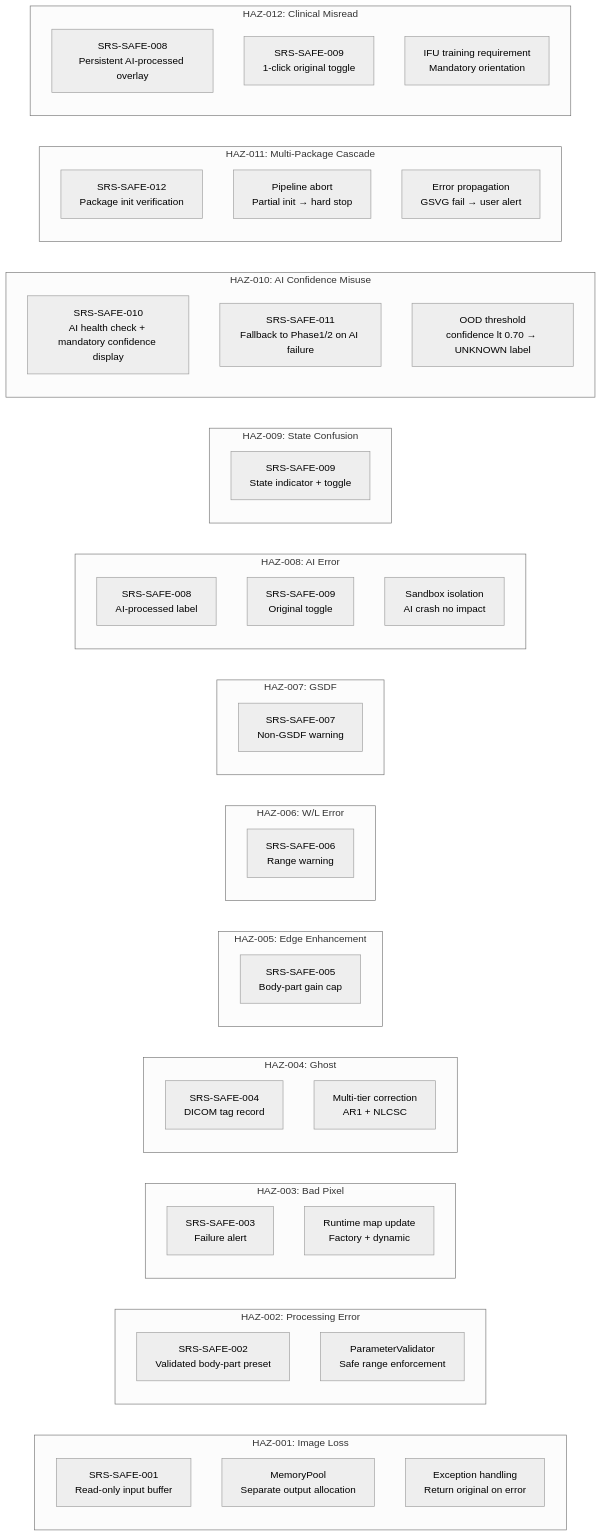
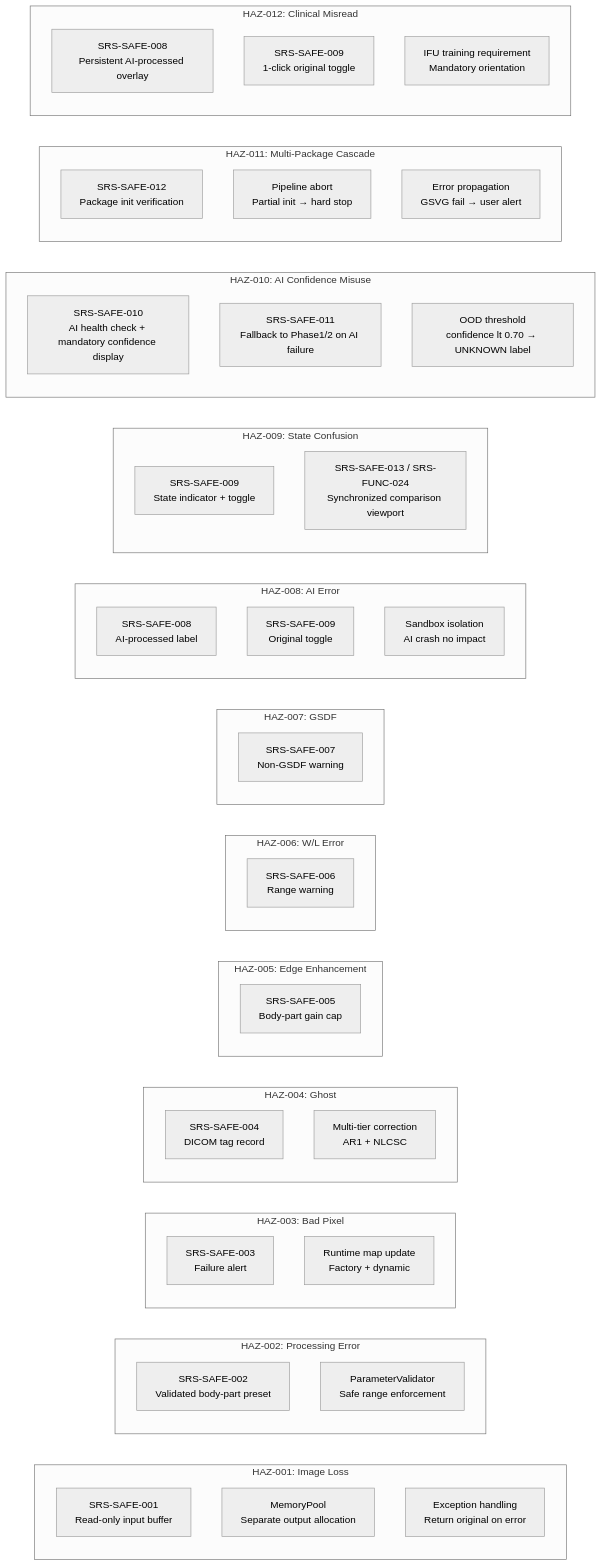
The diagram in docs/post-processing/xpe/XPE-SHA-001_Software_Hazard_Analysis.md (holee9/image-processing), drawn with Mermaid (neutral theme) before and after one commit. The commit also changed other lines of this file and 36 other files, not shown here.

````diff
--- a/docs/post-processing/xpe/XPE-SHA-001_Software_Hazard_Analysis.md
+++ b/docs/post-processing/xpe/XPE-SHA-001_Software_Hazard_Analysis.md
@@ -187,63 +187,64 @@
 ```mermaid
 graph LR
     subgraph "HAZ-001: Image Loss"
         RC1A[SRS-SAFE-001<br/>Read-only input buffer]
         RC1B[MemoryPool<br/>Separate output allocation]
         RC1C[Exception handling<br/>Return original on error]
     end
 
     subgraph "HAZ-002: Processing Error"
         RC2A[SRS-SAFE-002<br/>Validated body-part preset]
         RC2B[ParameterValidator<br/>Safe range enforcement]
     end
 
     subgraph "HAZ-003: Bad Pixel"
         RC3A[SRS-SAFE-003<br/>Failure alert]
         RC3B[Runtime map update<br/>Factory + dynamic]
     end
 
     subgraph "HAZ-004: Ghost"
         RC4A[SRS-SAFE-004<br/>DICOM tag record]
         RC4B[Multi-tier correction<br/>AR1 + NLCSC]
     end
 
     subgraph "HAZ-005: Edge Enhancement"
         RC5[SRS-SAFE-005<br/>Body-part gain cap]
     end
 
     subgraph "HAZ-006: W/L Error"
         RC6[SRS-SAFE-006<br/>Range warning]
     end
 
     subgraph "HAZ-007: GSDF"
         RC7[SRS-SAFE-007<br/>Non-GSDF warning]
     end
 
     subgraph "HAZ-008: AI Error"
         RC8A[SRS-SAFE-008<br/>AI-processed label]
         RC8B[SRS-SAFE-009<br/>Original toggle]
         RC8C[Sandbox isolation<br/>AI crash no impact]
     end
 
     subgraph "HAZ-009: State Confusion"
         RC9[SRS-SAFE-009<br/>State indicator + toggle]
+        RC9B[SRS-SAFE-013 / SRS-FUNC-024<br/>Synchronized comparison viewport]
     end
 
     subgraph "HAZ-010: AI Confidence Misuse"
         RC10A[SRS-SAFE-010<br/>AI health check + mandatory confidence display]
         RC10B[SRS-SAFE-011<br/>Fallback to Phase1/2 on AI failure]
         RC10C[OOD threshold<br/>confidence lt 0.70 → UNKNOWN label]
     end
 
     subgraph "HAZ-011: Multi-Package Cascade"
         RC11A[SRS-SAFE-012<br/>Package init verification]
         RC11B[Pipeline abort<br/>Partial init → hard stop]
         RC11C[Error propagation<br/>GSVG fail → user alert]
     end
 
     subgraph "HAZ-012: Clinical Misread"
         RC12A[SRS-SAFE-008<br/>Persistent AI-processed overlay]
         RC12B[SRS-SAFE-009<br/>1-click original toggle]
         RC12C[IFU training requirement<br/>Mandatory orientation]
     end
 ```
````
